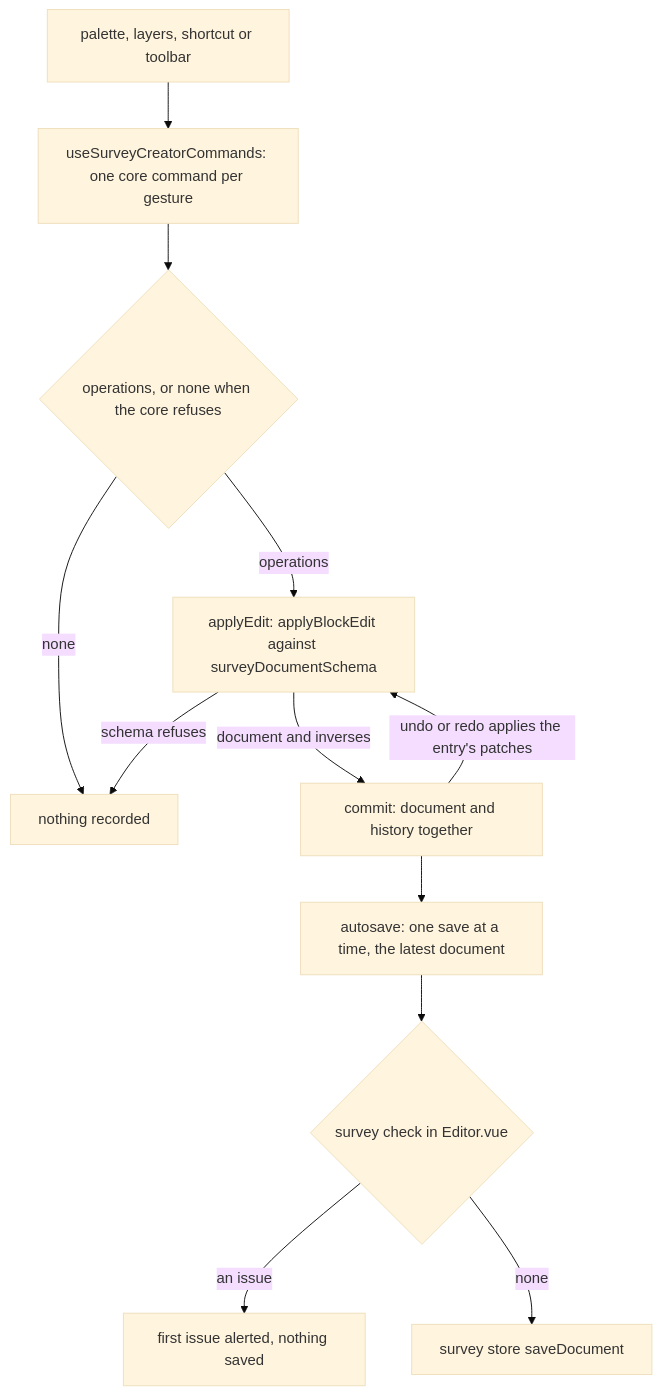
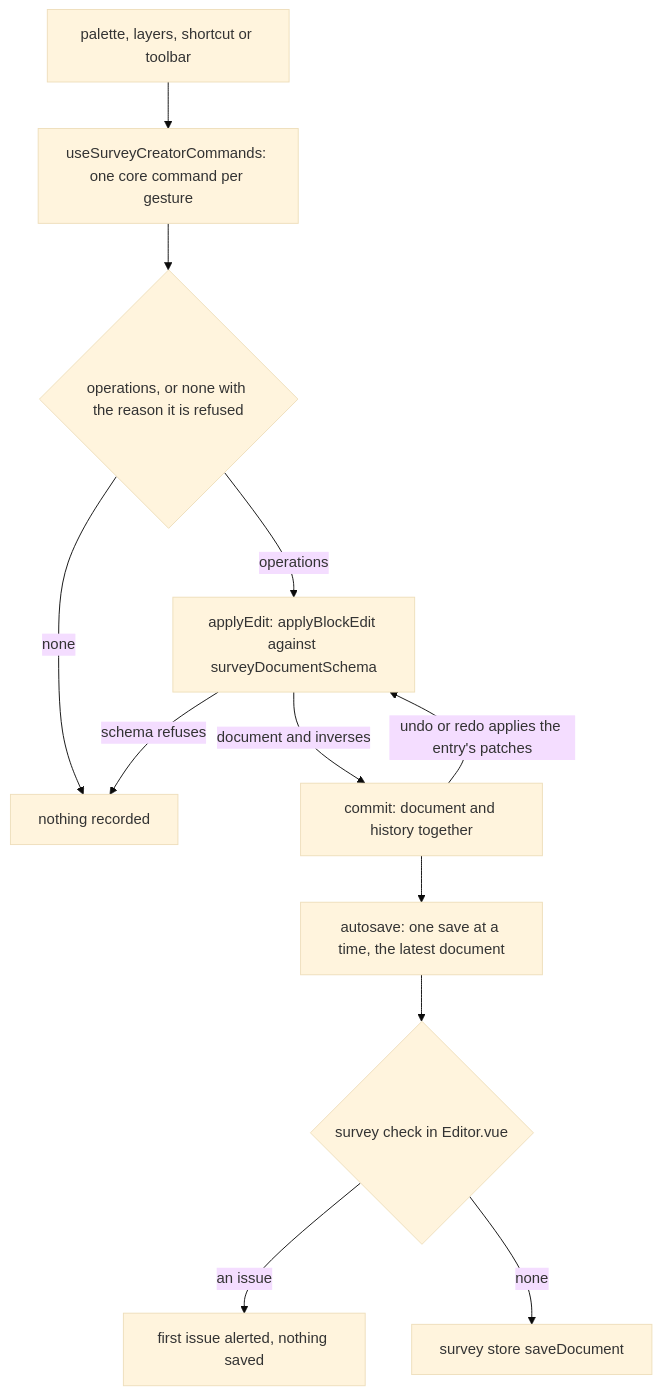
Before and after one commit to Esposter/Esposter: the diagram in openspec/specs/resource/survey-creator/design.md, drawn with Mermaid (base theme). The commit also changed other lines of this file and 2 other files, not shown here.

````diff
--- a/openspec/specs/resource/survey-creator/design.md
+++ b/openspec/specs/resource/survey-creator/design.md
@@ -9,14 +9,14 @@
 ```mermaid
 flowchart TD
   GESTURE["palette, layers, shortcut or toolbar"] --> CMD["useSurveyCreatorCommands: one core command per gesture"]
-  CMD --> OPS{"operations, or none when the core refuses"}
+  CMD --> OPS{"operations, or none with the reason it is refused"}
   OPS -->|none| REFUSED["nothing recorded"]
   OPS -->|operations| APPLY["applyEdit: applyBlockEdit against surveyDocumentSchema"]
   APPLY -->|"schema refuses"| REFUSED
   APPLY -->|"document and inverses"| COMMIT["commit: document and history together"]
   COMMIT -->|"undo or redo applies the entry's patches"| APPLY
   COMMIT --> AUTOSAVE["autosave: one save at a time, the latest document"]
   AUTOSAVE --> CHECK{"survey check in Editor.vue"}
   CHECK -->|"an issue"| ALERT["first issue alerted, nothing saved"]
   CHECK -->|"none"| SAVE["survey store saveDocument"]
 ```
````
